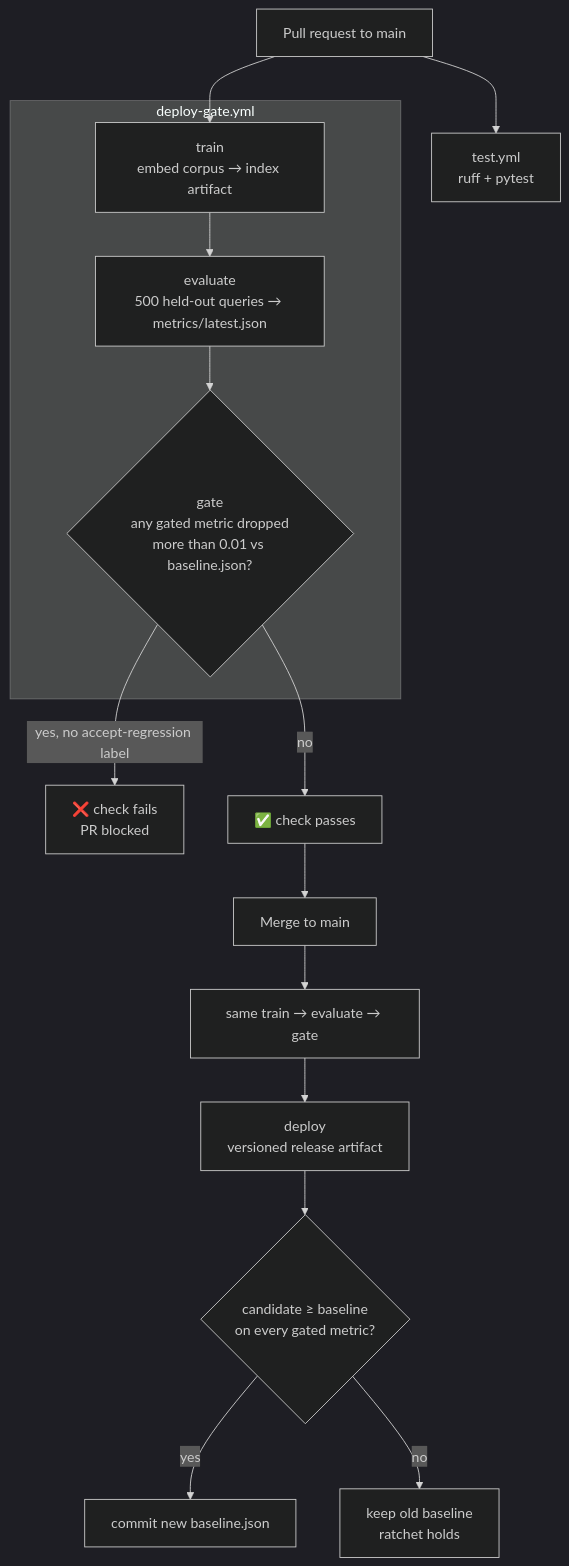
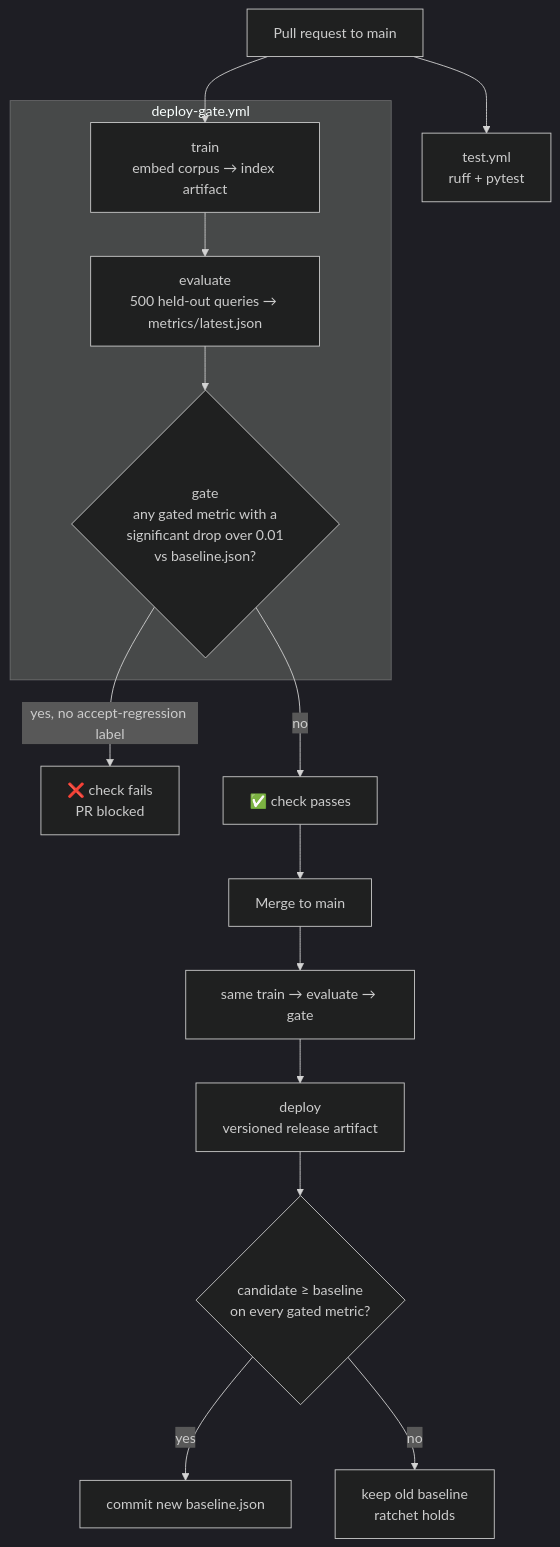
One commit to Jayden04260/ml-ci-pipeline changed the diagram in README.md. Above: the diagram before and after it, drawn with Mermaid (dark theme). The commit also changed other lines of this file and 8 other files, not shown here.

First line of the commit message:
Gate on significant drops, require an identical eval set, comment on PRs

````diff
--- a/README.md
+++ b/README.md
@@ -18,19 +18,19 @@
 ```mermaid
 flowchart TD
     PR[Pull request to main] --> T[test.yml<br/>ruff + pytest]
     PR --> TR
 
     subgraph gate[deploy-gate.yml]
         TR[train<br/>embed corpus → index artifact] --> EV[evaluate<br/>500 held-out queries → metrics/latest.json]
-        EV --> G{gate<br/>any gated metric dropped<br/>more than 0.01 vs baseline.json?}
+        EV --> G{gate<br/>any gated metric with a<br/>significant drop over 0.01<br/>vs baseline.json?}
     end
 
     G -- yes, no accept-regression label --> RED[❌ check fails<br/>PR blocked]
     G -- no --> GREEN[✅ check passes]
     GREEN --> M[Merge to main]
     M --> GATE2[same train → evaluate → gate]
     GATE2 --> D[deploy<br/>versioned release artifact]
     D --> P{candidate ≥ baseline<br/>on every gated metric?}
     P -- yes --> B[commit new baseline.json]
     P -- no --> K[keep old baseline<br/>ratchet holds]
 ```
````
